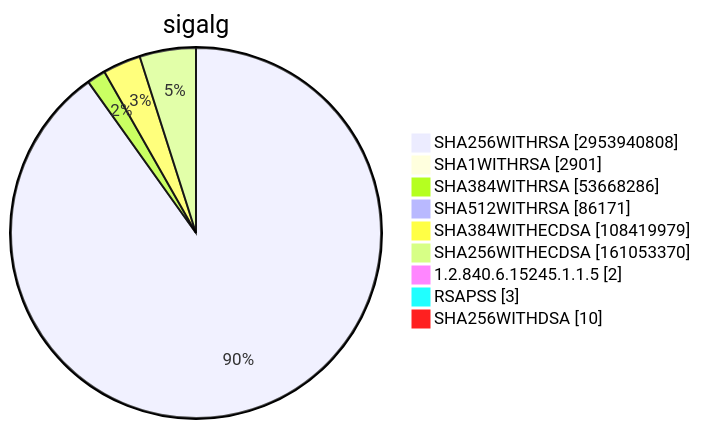
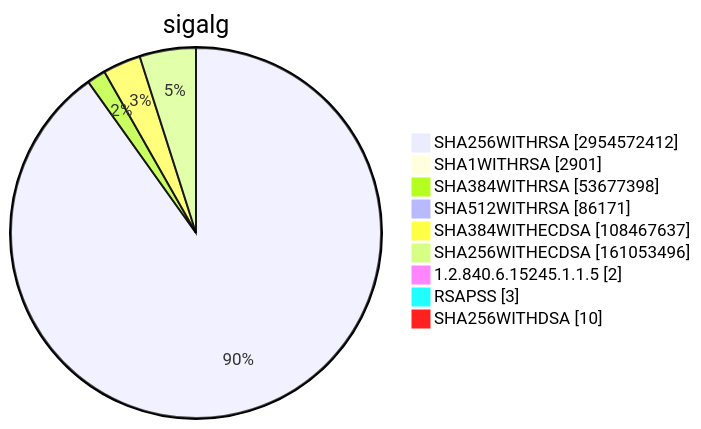
Diagram 15 of 15 in TOTAL/README.md (christiankrug/ctmonitor_visualization), drawn with Mermaid before and after one commit. The commit also changed other lines of this file, not shown here.

````diff
--- a/TOTAL/README.md
+++ b/TOTAL/README.md
@@ -6207,13 +6207,13 @@
 ```mermaid
 pie showData
 title sigalg
-"SHA256WITHRSA" :2953940808
+"SHA256WITHRSA" :2954572412
 "SHA1WITHRSA" :2901
-"SHA384WITHRSA" :53668286
+"SHA384WITHRSA" :53677398
 "SHA512WITHRSA" :86171
-"SHA384WITHECDSA" :108419979
-"SHA256WITHECDSA" :161053370
+"SHA384WITHECDSA" :108467637
+"SHA256WITHECDSA" :161053496
 "1.2.840.6.15245.1.1.5" :2
 "RSAPSS" :3
 "SHA256WITHDSA" :10
 ```
````
